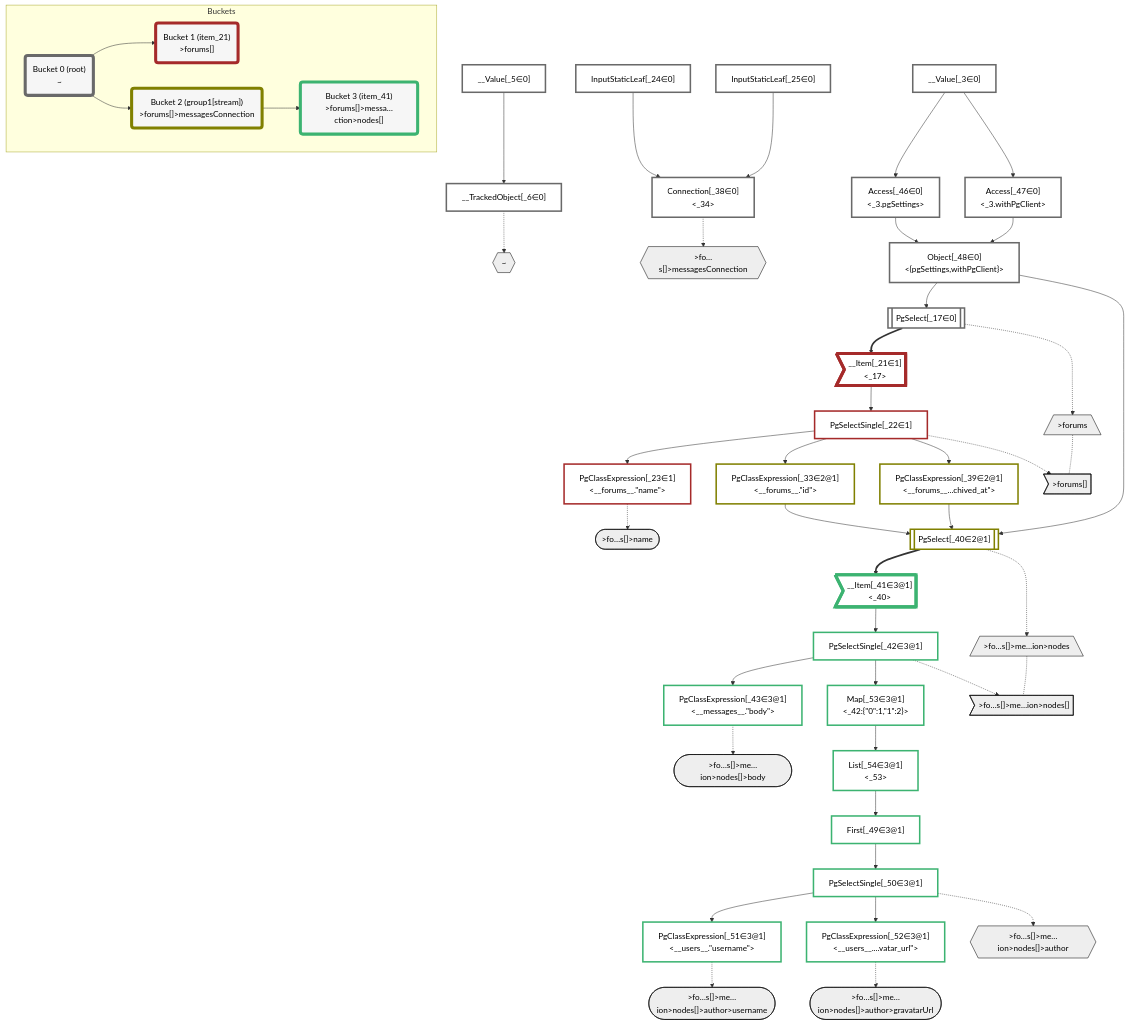
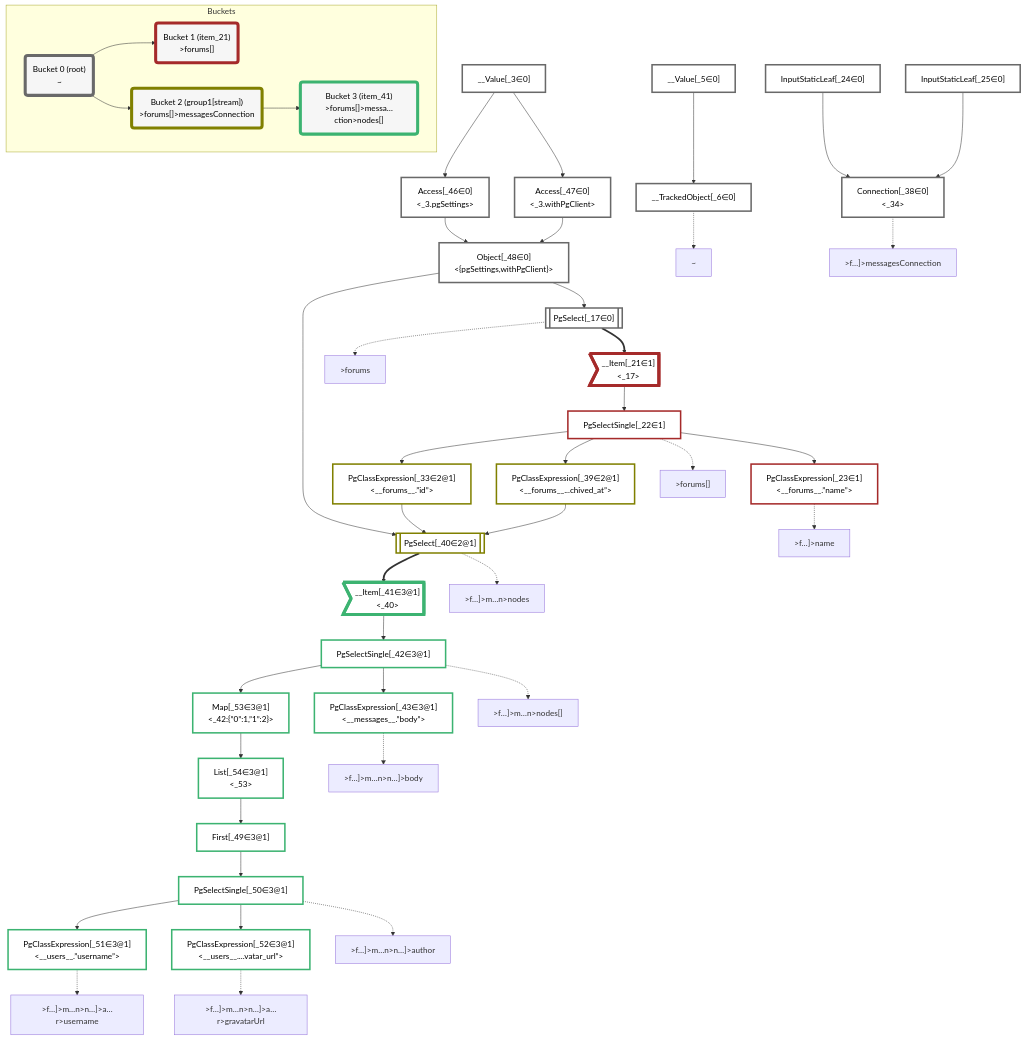
Before and after one commit to graphile/crystal: the diagram in packages/dataplan-pg/__tests__/queries/conditions/archived-forum-inherited-messages.stream-5.mermaid.md, drawn with Mermaid. The commit also changed 195 other files, not shown here.

```diff
--- a/packages/dataplan-pg/__tests__/queries/conditions/archived-forum-inherited-messages.stream-5.mermaid.md
+++ b/packages/dataplan-pg/__tests__/queries/conditions/archived-forum-inherited-messages.stream-5.mermaid.md
@@ -6,29 +6,6 @@
     classDef sideeffectplan fill:#f00,stroke-width:6px,color:#000
     classDef bucket fill:#f6f6f6,color:#000,stroke-width:6px
 
-    %% subgraph fields
-    P1{{"~"}}:::path
-    P2[/">forums"\]:::path
-    P3>">forums[]"]:::path
-    P2 -.- P3
-    P4([">fo…s[]>name"]):::path
-    %% P3 -.-> P4
-    P5{{">fo…s[]>messagesConnection"}}:::path
-    P6[/">fo…s[]>me…ion>nodes"\]:::path
-    P7>">fo…s[]>me…ion>nodes[]"]:::path
-    P6 -.- P7
-    P8([">fo…s[]>me…ion>nodes[]>body"]):::path
-    %% P7 -.-> P8
-    P9{{">fo…s[]>me…ion>nodes[]>author"}}:::path
-    P10([">fo…s[]>me…ion>nodes[]>author>username"]):::path
-    %% P9 -.-> P10
-    P11([">fo…s[]>me…ion>nodes[]>author>gravatarUrl"]):::path
-    %% P9 -.-> P11
-    %% P7 -.-> P9
-    %% P5 -.-> P6
-    %% P3 -.-> P5
-    %% P1 -.-> P2
-    %% end
 
     %% define plans
     __Value_3["__Value[_3∈0]<br /><context>"]:::plan
@@ -37,24 +14,24 @@
     PgSelect_17[["PgSelect[_17∈0]<br /><forums>"]]:::plan
     __Item_21>"__Item[_21∈1]<br /><_17>"]:::itemplan
     PgSelectSingle_22["PgSelectSingle[_22∈1]<br /><forums>"]:::plan
-    PgClassExpression_23["PgClassExpression[_23∈1]<br /><__forums__.#quot;name#quot;>"]:::plan
+    PgClassExpression_23["PgClassExpression[_23∈1]<br /><__forums__.”name”>"]:::plan
     InputStaticLeaf_24["InputStaticLeaf[_24∈0]"]:::plan
     InputStaticLeaf_25["InputStaticLeaf[_25∈0]"]:::plan
-    PgClassExpression_33["PgClassExpression[_33∈2@1]<br /><__forums__.#quot;id#quot;>"]:::plan
+    PgClassExpression_33["PgClassExpression[_33∈2@1]<br /><__forums__.”id”>"]:::plan
     Connection_38["Connection[_38∈0]<br /><_34>"]:::plan
-    PgClassExpression_39["PgClassExpression[_39∈2@1]<br /><__forums__...chived_at#quot;>"]:::plan
+    PgClassExpression_39["PgClassExpression[_39∈2@1]<br /><__forums__...chived_at”>"]:::plan
     PgSelect_40[["PgSelect[_40∈2@1]<br /><messages>"]]:::plan
     __Item_41>"__Item[_41∈3@1]<br /><_40>"]:::itemplan
     PgSelectSingle_42["PgSelectSingle[_42∈3@1]<br /><messages>"]:::plan
-    PgClassExpression_43["PgClassExpression[_43∈3@1]<br /><__messages__.#quot;body#quot;>"]:::plan
+    PgClassExpression_43["PgClassExpression[_43∈3@1]<br /><__messages__.”body”>"]:::plan
     Access_46["Access[_46∈0]<br /><_3.pgSettings>"]:::plan
     Access_47["Access[_47∈0]<br /><_3.withPgClient>"]:::plan
     Object_48["Object[_48∈0]<br /><{pgSettings,withPgClient}>"]:::plan
     First_49["First[_49∈3@1]"]:::plan
     PgSelectSingle_50["PgSelectSingle[_50∈3@1]<br /><users>"]:::plan
-    PgClassExpression_51["PgClassExpression[_51∈3@1]<br /><__users__.#quot;username#quot;>"]:::plan
-    PgClassExpression_52["PgClassExpression[_52∈3@1]<br /><__users__....vatar_url#quot;>"]:::plan
-    Map_53["Map[_53∈3@1]<br /><_42:{#quot;0#quot;:1,#quot;1#quot;:2}>"]:::plan
+    PgClassExpression_51["PgClassExpression[_51∈3@1]<br /><__users__.”username”>"]:::plan
+    PgClassExpression_52["PgClassExpression[_52∈3@1]<br /><__users__....vatar_url”>"]:::plan
+    Map_53["Map[_53∈3@1]<br /><_42:{”0”:1,”1”:2}>"]:::plan
     List_54["List[_54∈3@1]<br /><_53>"]:::plan
 
     %% plan dependencies
@@ -85,16 +62,27 @@
     Map_53 --> List_54
 
     %% plan-to-path relationships
+    P1["~"]
     __TrackedObject_6 -.-> P1
+    P2[">forums"]
     PgSelect_17 -.-> P2
+    P3[">forums[]"]
     PgSelectSingle_22 -.-> P3
+    P4[">f…]>name"]
     PgClassExpression_23 -.-> P4
+    P5[">f…]>messagesConnection"]
     Connection_38 -.-> P5
+    P6[">f…]>m…n>nodes"]
     PgSelect_40 -.-> P6
+    P7[">f…]>m…n>nodes[]"]
     PgSelectSingle_42 -.-> P7
+    P8[">f…]>m…n>n…]>body"]
     PgClassExpression_43 -.-> P8
+    P9[">f…]>m…n>n…]>author"]
     PgSelectSingle_50 -.-> P9
+    P10[">f…]>m…n>n…]>a…r>username"]
     PgClassExpression_51 -.-> P10
+    P11[">f…]>m…n>n…]>a…r>gravatarUrl"]
     PgClassExpression_52 -.-> P11
 
     %% allocate buckets
```
